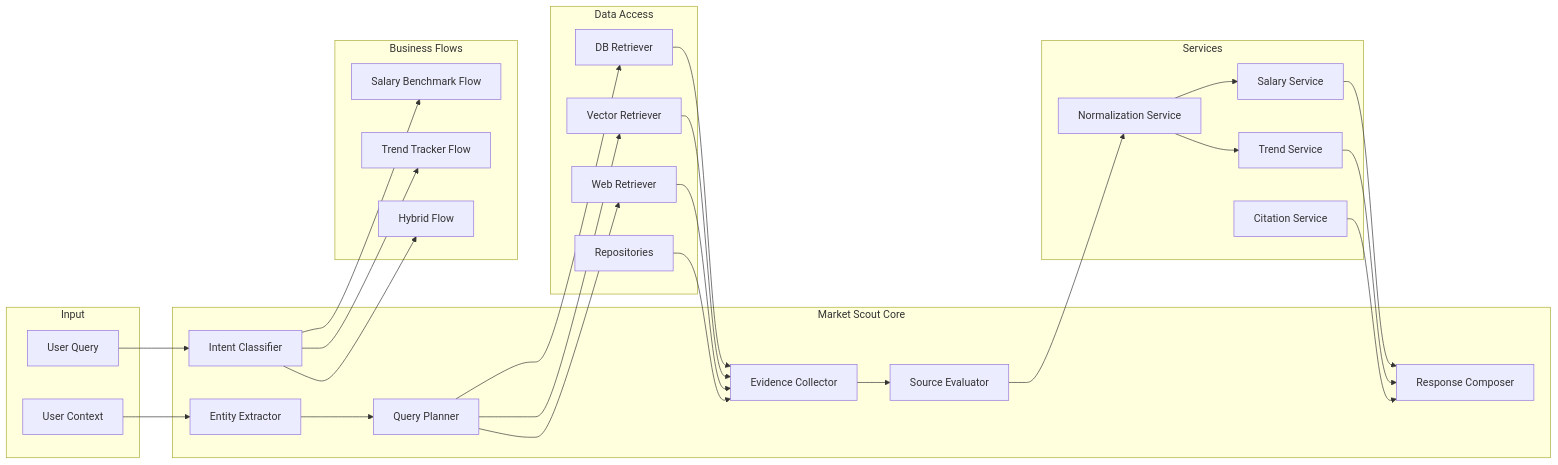
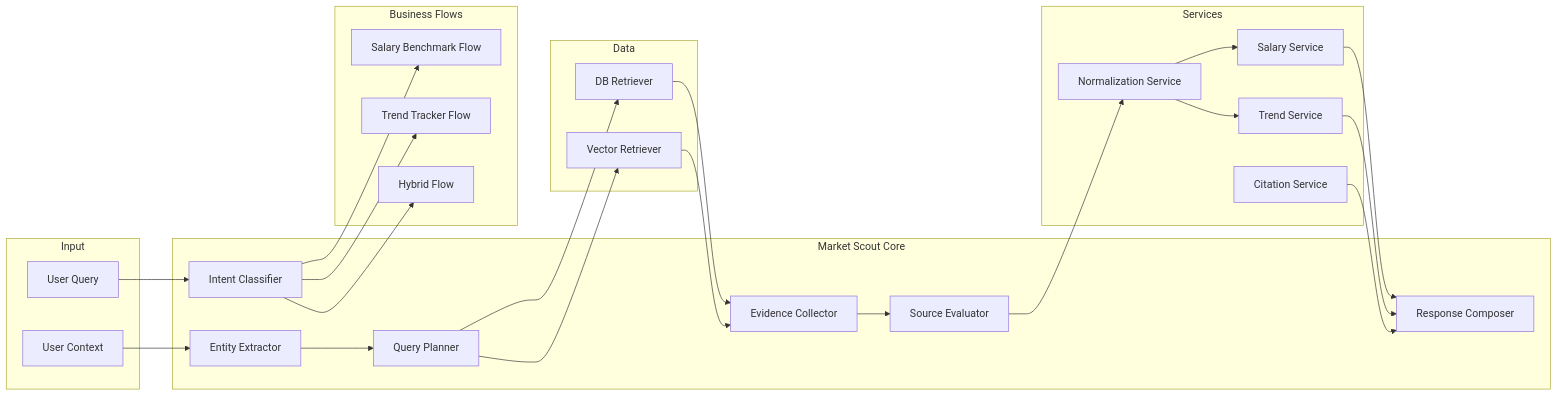
One commit to HungHoDuy/Z-MentorAI changed the second of 6 diagrams in backend/market_scout/README.md. Above: the diagram before and after it, drawn with Mermaid. The commit also changed other lines of this file and 70 other files, not shown here.

````diff
--- a/backend/market_scout/README.md
+++ b/backend/market_scout/README.md
@@ -51,57 +51,54 @@
 ```mermaid
 flowchart LR
     subgraph Input["Input"]
         A["User Query"]
         B["User Context"]
     end
 
     subgraph Core["Market Scout Core"]
         C["Intent Classifier"]
         D["Entity Extractor"]
         E["Query Planner"]
         F["Evidence Collector"]
         G["Source Evaluator"]
         H["Response Composer"]
     end
 
     subgraph Flows["Business Flows"]
         I["Salary Benchmark Flow"]
         J["Trend Tracker Flow"]
         K["Hybrid Flow"]
     end
 
-    subgraph Data["Data Access"]
-        L["Repositories"]
+    subgraph Data
         M["DB Retriever"]
         N["Vector Retriever"]
-        O["Web Retriever"]
+        
     end
 
     subgraph Services["Services"]
         P["Normalization Service"]
         Q["Salary Service"]
         R["Trend Service"]
         S["Citation Service"]
     end
 
     A --> C
     B --> D
     C --> I
     C --> J
     C --> K
     D --> E
     E --> M
     E --> N
-    E --> O
+
     M --> F
     N --> F
-    O --> F
-    L --> F
     F --> G
     G --> P
     P --> Q
     P --> R
     Q --> H
     R --> H
     S --> H
 ```
````
